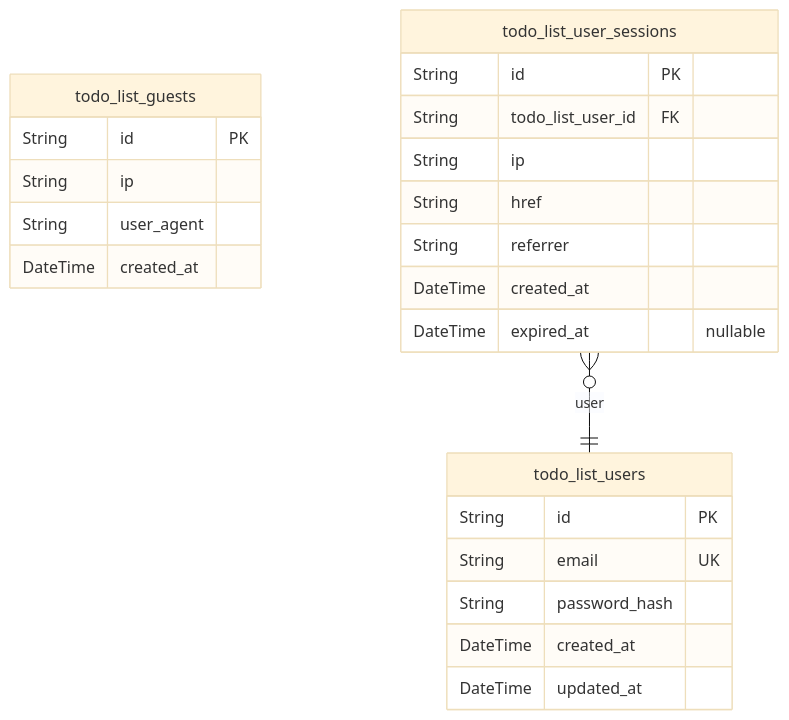
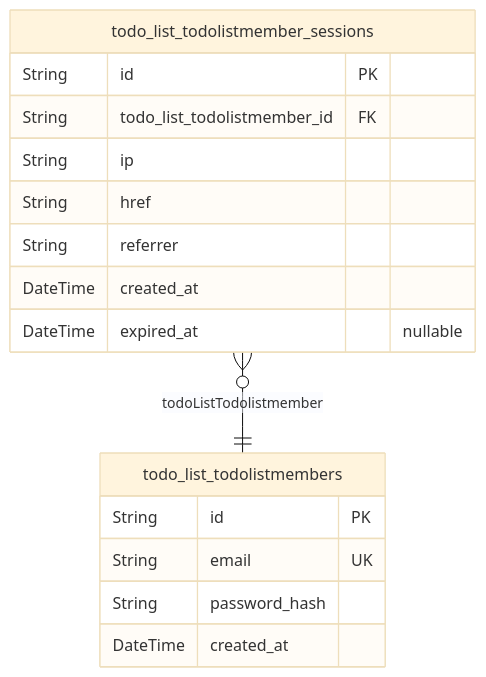
Before and after one commit to wrtnlabs/autobe-examples: the first of 2 diagrams in openai/gpt-4.1-mini/todo/docs/ERD.md, drawn with Mermaid (base theme). The commit also changed other lines of this file and 3372 other files, not shown here.

````diff
--- a/openai/gpt-4.1-mini/todo/docs/ERD.md
+++ b/openai/gpt-4.1-mini/todo/docs/ERD.md
@@ -10,26 +10,19 @@
 ```mermaid
 erDiagram
-"todo_list_guests" {
-  String id PK
-  String ip
-  String user_agent
-  DateTime created_at
-}
-"todo_list_users" {
+"todo_list_todolistmembers" {
   String id PK
   String email UK
   String password_hash
   DateTime created_at
-  DateTime updated_at
 }
-"todo_list_user_sessions" {
+"todo_list_todolistmember_sessions" {
   String id PK
-  String todo_list_user_id FK
+  String todo_list_todolistmember_id FK
   String ip
   String href
   String referrer
   DateTime created_at
   DateTime expired_at "nullable"
 }
-"todo_list_user_sessions" }o--|| "todo_list_users" : user
+"todo_list_todolistmember_sessions" }o--|| "todo_list_todolistmembers" : todoListTodolistmember
 ```
````
